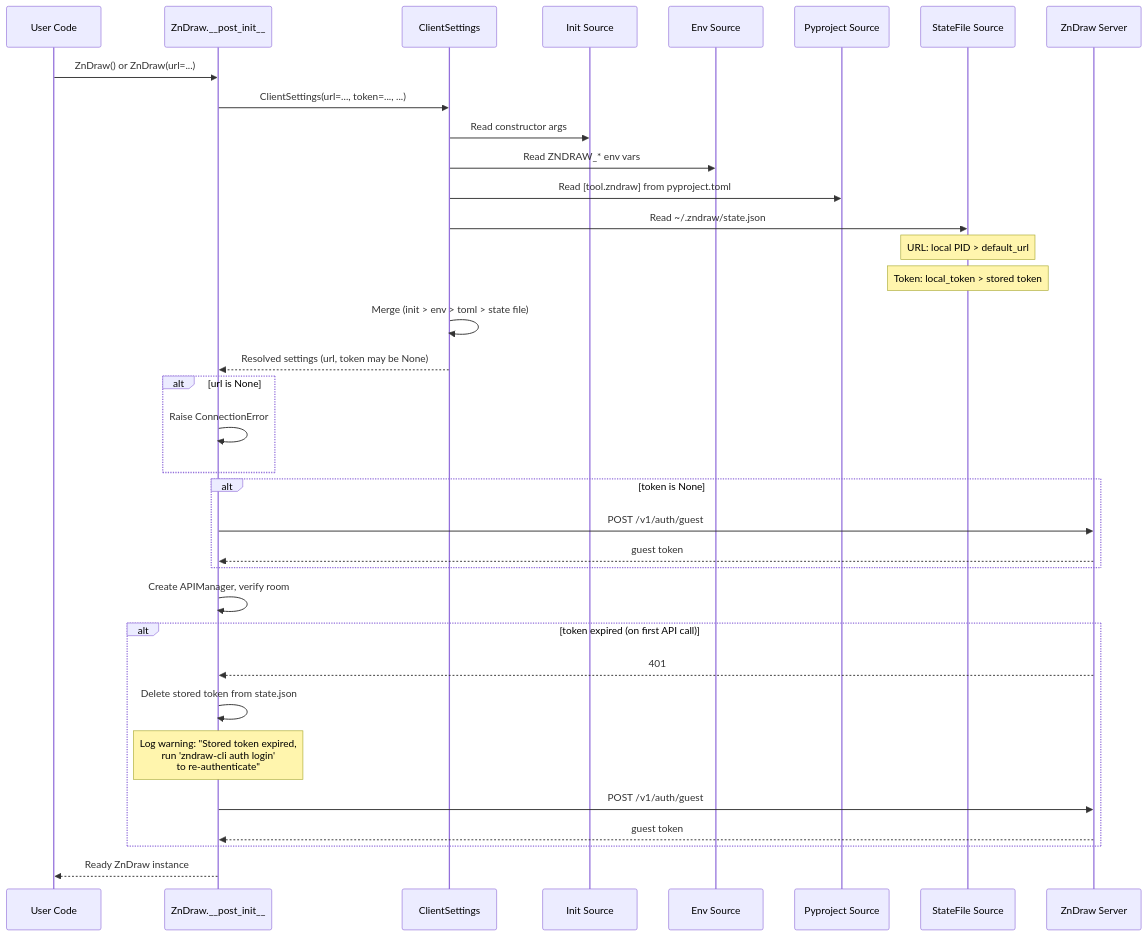
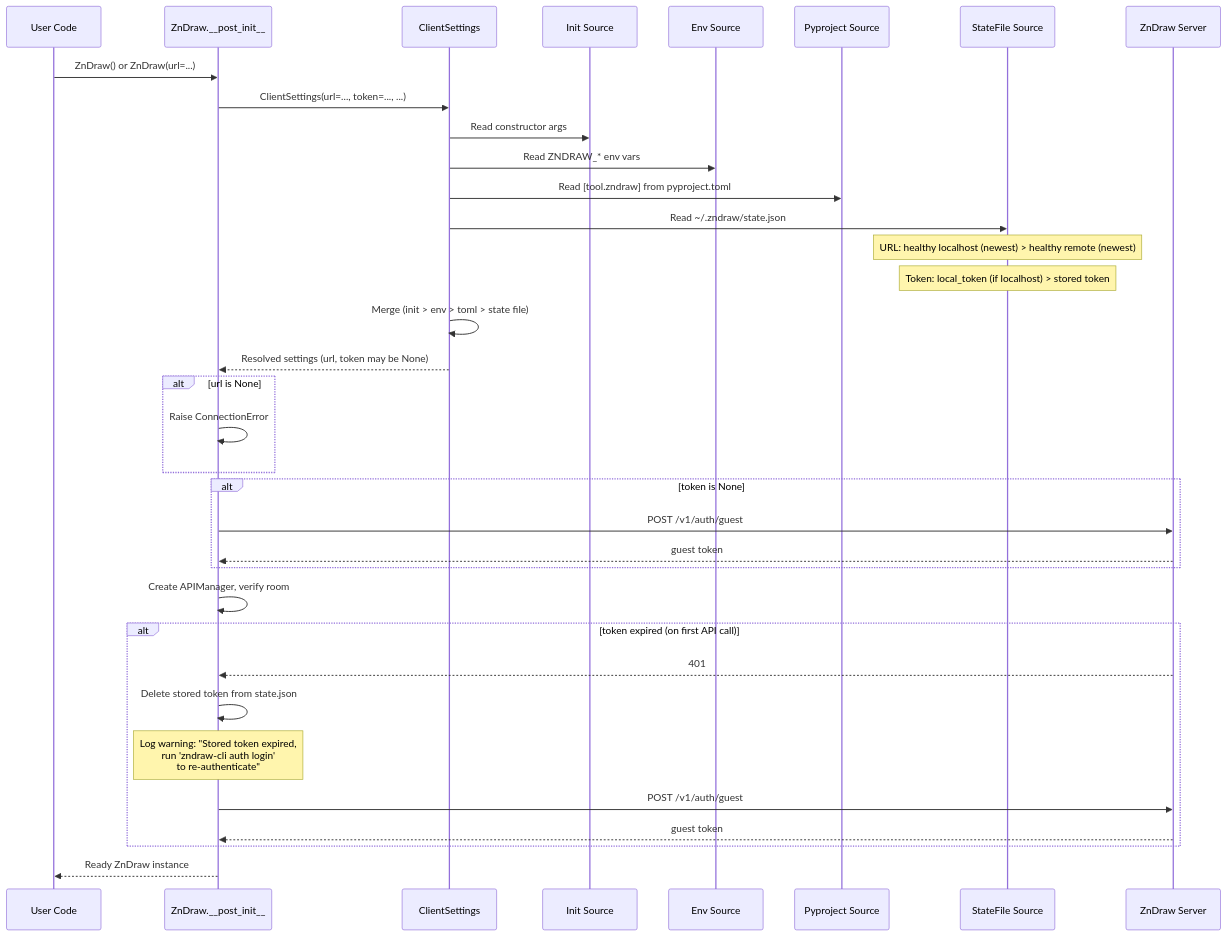
Before and after one commit to zincware/ZnDraw: the fourth of 5 diagrams in docs/superpowers/specs/2026-03-25-pydantic-settings-unification-design.md, drawn with Mermaid. The commit also changed other lines of this file, not shown here.

First line of the commit message:
docs: replace default_url with health-check-based server discovery

````diff
--- a/docs/superpowers/specs/2026-03-25-pydantic-settings-unification-design.md
+++ b/docs/superpowers/specs/2026-03-25-pydantic-settings-unification-design.md
@@ -309,45 +330,45 @@
 ```mermaid
 sequenceDiagram
     participant User as User Code
     participant ZD as ZnDraw.__post_init__
     participant CS as ClientSettings
     participant Init as Init Source
     participant Env as Env Source
     participant Toml as Pyproject Source
     participant SF as StateFile Source
     participant Server as ZnDraw Server
 
     User->>ZD: ZnDraw() or ZnDraw(url=...)
     ZD->>CS: ClientSettings(url=..., token=..., ...)
     CS->>Init: Read constructor args
     CS->>Env: Read ZNDRAW_* env vars
     CS->>Toml: Read [tool.zndraw] from pyproject.toml
     CS->>SF: Read ~/.zndraw/state.json
 
-    Note over SF: URL: local PID > default_url
-    Note over SF: Token: local_token > stored token
+    Note over SF: URL: healthy localhost (newest) > healthy remote (newest)
+    Note over SF: Token: local_token (if localhost) > stored token
 
     CS->>CS: Merge (init > env > toml > state file)
     CS-->>ZD: Resolved settings (url, token may be None)
 
     alt url is None
         ZD->>ZD: Raise ConnectionError
     end
 
     alt token is None
         ZD->>Server: POST /v1/auth/guest
         Server-->>ZD: guest token
     end
 
     ZD->>ZD: Create APIManager, verify room
 
     alt token expired (on first API call)
         Server-->>ZD: 401
         ZD->>ZD: Delete stored token from state.json
         Note over ZD: Log warning: "Stored token expired,<br/>run 'zndraw-cli auth login'<br/>to re-authenticate"
         ZD->>Server: POST /v1/auth/guest
         Server-->>ZD: guest token
     end
 
     ZD-->>User: Ready ZnDraw instance
 ```
````
